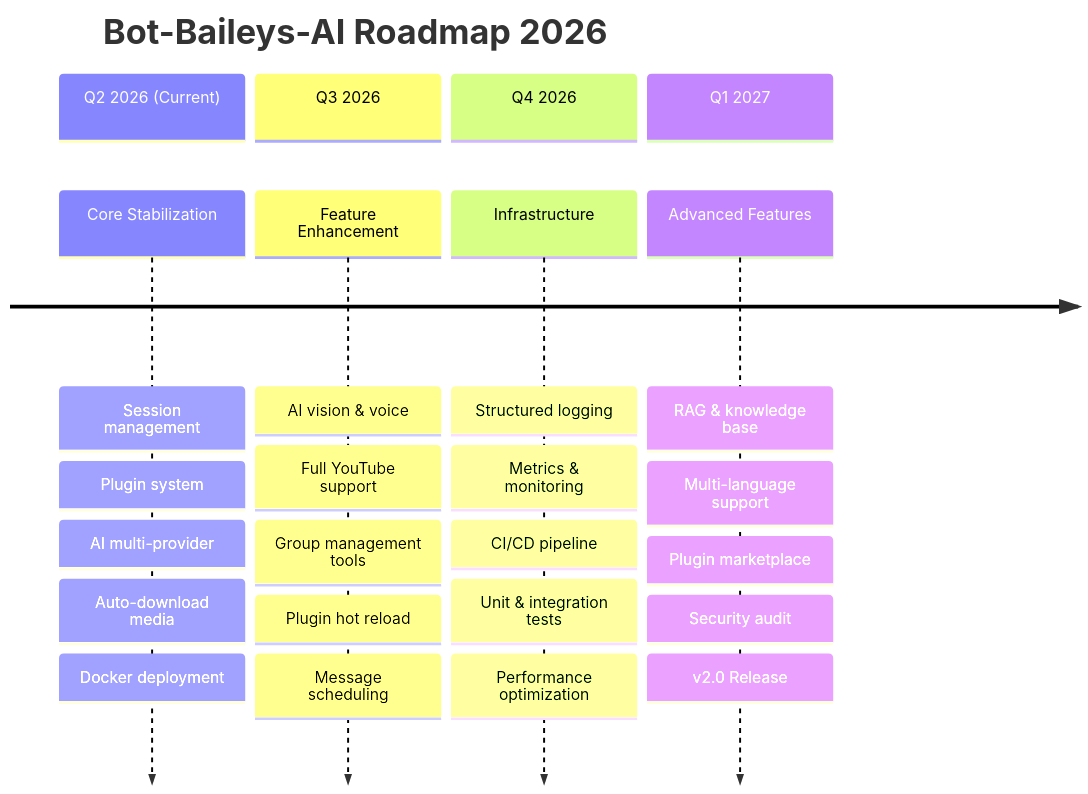
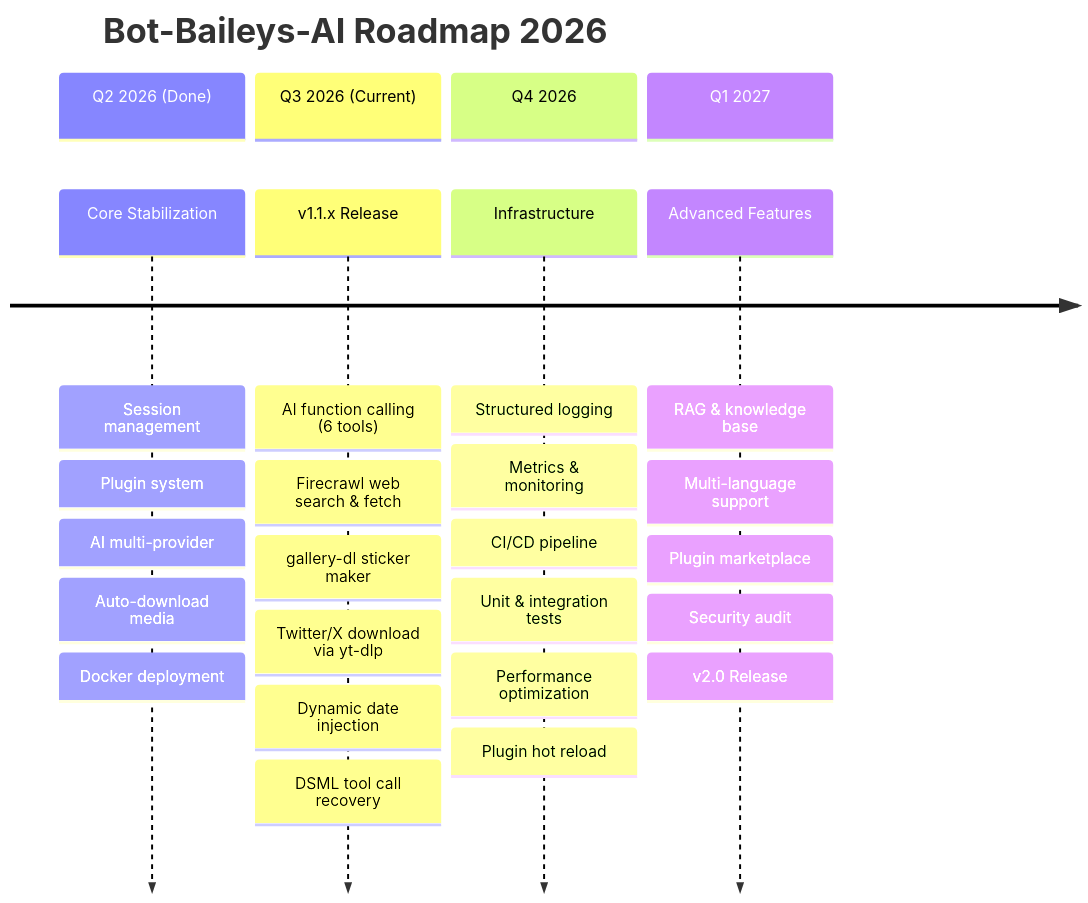
Before and after one commit to Maxorleans55/multi-bot: the diagram in plans/ROADMAP.md, drawn with Mermaid. The commit also changed other lines of this file and 14 other files, not shown here.

First line of the commit message:
feat(ai): implement pinterest sticker tool and gallery-dl integration

````diff
--- a/plans/ROADMAP.md
+++ b/plans/ROADMAP.md
@@ -16,32 +16,34 @@
 ```mermaid
 timeline
     title Bot-Baileys-AI Roadmap 2026
 
-    section Q2 2026 (Current)
+    section Q2 2026 (Done)
         Core Stabilization : Session management
                            : Plugin system
                            : AI multi-provider
                            : Auto-download media
                            : Docker deployment
 
-    section Q3 2026 
-        Feature Enhancement : AI vision & voice
-                            : Full YouTube support
-                            : Group management tools
-                            : Plugin hot reload
-                            : Message scheduling
+    section Q3 2026 (Current)
+        v1.1.x Release      : AI function calling (6 tools)
+                           : Firecrawl web search & fetch
+                           : gallery-dl sticker maker
+                           : Twitter/X download via yt-dlp
+                           : Dynamic date injection
+                           : DSML tool call recovery
 
     section Q4 2026
         Infrastructure      : Structured logging
-                            : Metrics & monitoring
-                            : CI/CD pipeline
-                            : Unit & integration tests
-                            : Performance optimization
+                           : Metrics & monitoring
+                           : CI/CD pipeline
+                           : Unit & integration tests
+                           : Performance optimization
+                           : Plugin hot reload
 
     section Q1 2027
         Advanced Features   : RAG & knowledge base
-                            : Multi-language support
-                            : Plugin marketplace
-                            : Security audit
-                            : v2.0 Release
+                           : Multi-language support
+                           : Plugin marketplace
+                           : Security audit
+                           : v2.0 Release
 ```
````
